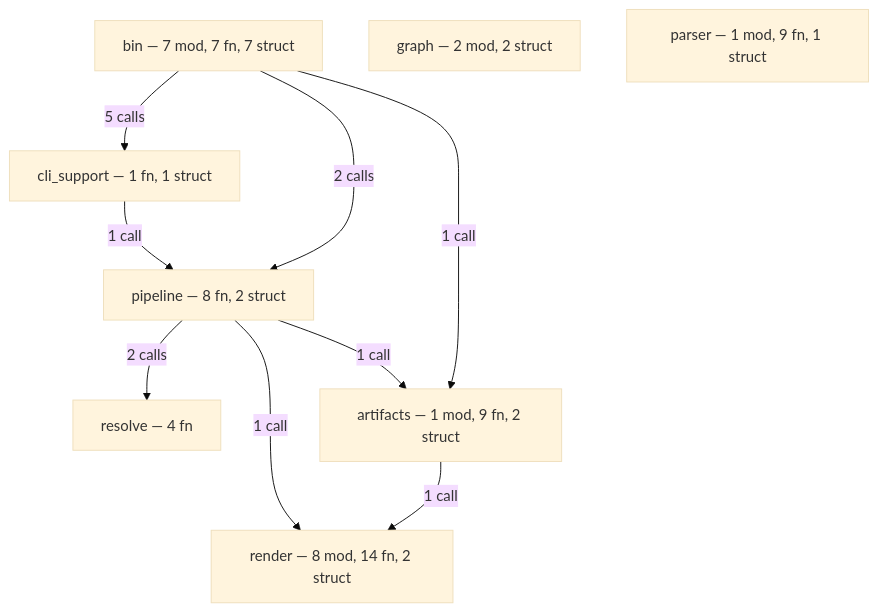
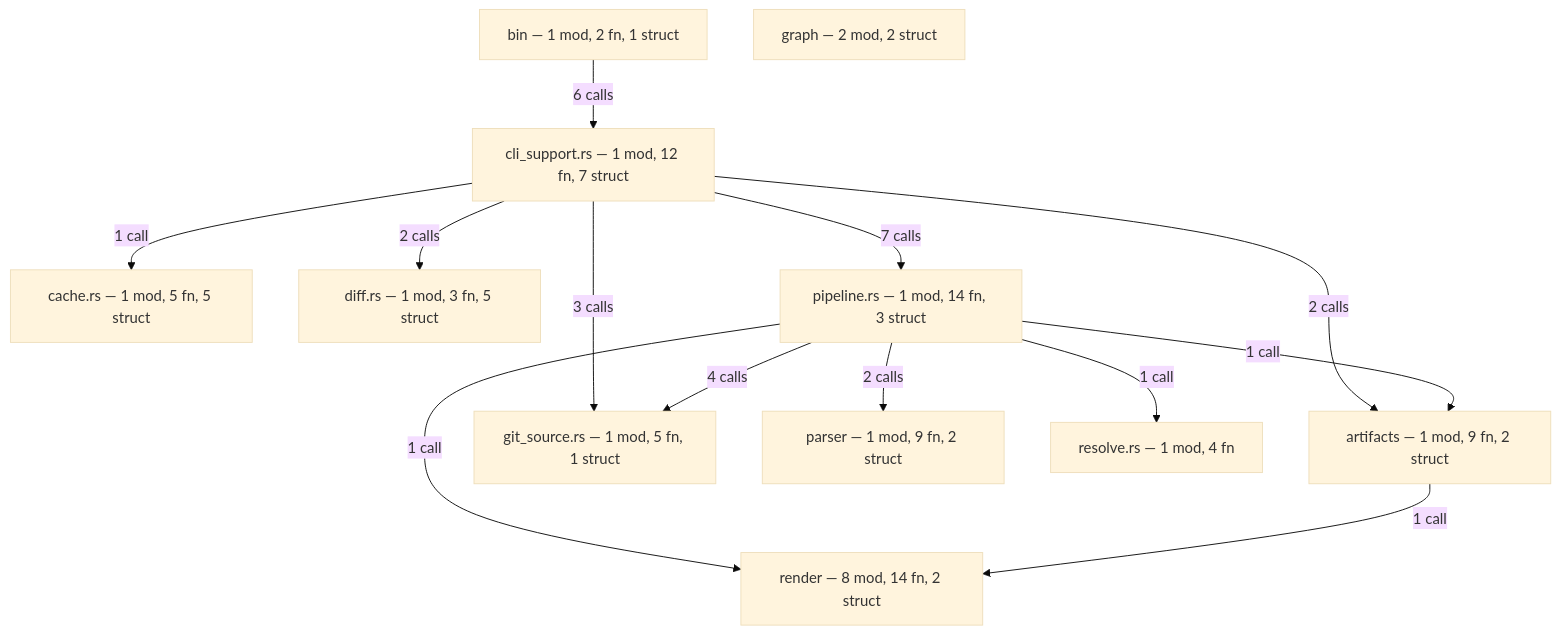
One commit to anatta-rs/ast-to-mermaid changed the first of 5 diagrams in README.md. Above: the diagram before and after it, drawn with Mermaid (base theme). The commit also changed other lines of this file and 1 other file, not shown here.

````diff
--- a/README.md
+++ b/README.md
@@ -15,19 +17,26 @@
 ```mermaid
 graph TD
     artifacts["artifacts — 1 mod, 9 fn, 2 struct"]
-    bin["bin — 7 mod, 7 fn, 7 struct"]
-    cli_support["cli_support — 1 fn, 1 struct"]
+    bin["bin — 1 mod, 2 fn, 1 struct"]
+    cache_rs["cache.rs — 1 mod, 5 fn, 5 struct"]
+    cli_support_rs["cli_support.rs — 1 mod, 12 fn, 7 struct"]
+    diff_rs["diff.rs — 1 mod, 3 fn, 5 struct"]
+    git_source_rs["git_source.rs — 1 mod, 5 fn, 1 struct"]
     graph_mod["graph — 2 mod, 2 struct"]
-    parser["parser — 1 mod, 9 fn, 1 struct"]
-    pipeline["pipeline — 8 fn, 2 struct"]
+    parser["parser — 1 mod, 9 fn, 2 struct"]
+    pipeline_rs["pipeline.rs — 1 mod, 14 fn, 3 struct"]
     render["render — 8 mod, 14 fn, 2 struct"]
-    resolve["resolve — 4 fn"]
-    bin -->|"5 calls"| cli_support
-    bin -->|"2 calls"| pipeline
-    bin -->|"1 call"| artifacts
-    cli_support -->|"1 call"| pipeline
-    pipeline -->|"2 calls"| resolve
-    pipeline -->|"1 call"| render
-    pipeline -->|"1 call"| artifacts
+    resolve_rs["resolve.rs — 1 mod, 4 fn"]
+    bin -->|"6 calls"| cli_support_rs
+    cli_support_rs -->|"7 calls"| pipeline_rs
+    cli_support_rs -->|"3 calls"| git_source_rs
+    cli_support_rs -->|"2 calls"| artifacts
+    cli_support_rs -->|"2 calls"| diff_rs
+    cli_support_rs -->|"1 call"| cache_rs
+    pipeline_rs -->|"4 calls"| git_source_rs
+    pipeline_rs -->|"2 calls"| parser
+    pipeline_rs -->|"1 call"| render
+    pipeline_rs -->|"1 call"| resolve_rs
+    pipeline_rs -->|"1 call"| artifacts
     artifacts -->|"1 call"| render
 ```
````
